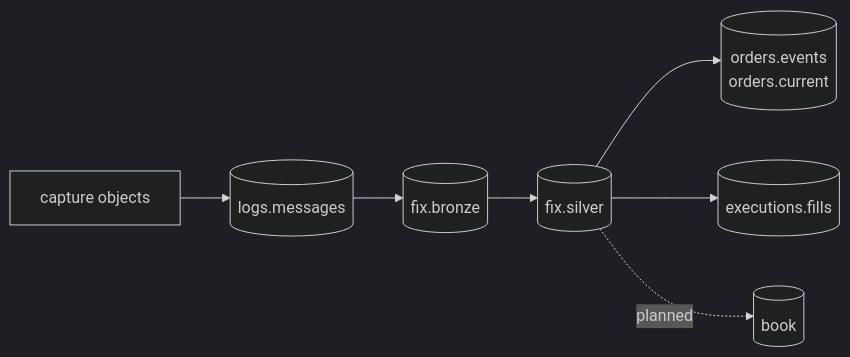
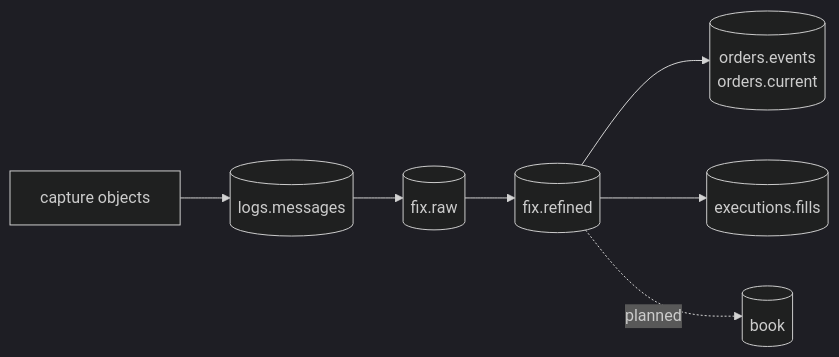
Before and after one commit to Platob/yggfin: the diagram in docs/products/index.md, drawn with Mermaid (dark theme). The commit also changed other lines of this file and 1266 other files, not shown here.

````diff
--- a/docs/products/index.md
+++ b/docs/products/index.md
@@ -8,9 +8,9 @@
 ```mermaid
 flowchart LR
     C["capture objects"] --> M[("logs.messages")]
-    M --> B[("fix.bronze")]
-    B --> S[("fix.silver")]
+    M --> B[("fix.raw")]
+    B --> S[("fix.refined")]
     S --> O[("orders.events<br/>orders.current")]
     S --> E[("executions.fills")]
     S -.planned.-> K[("book")]
 ```
````
